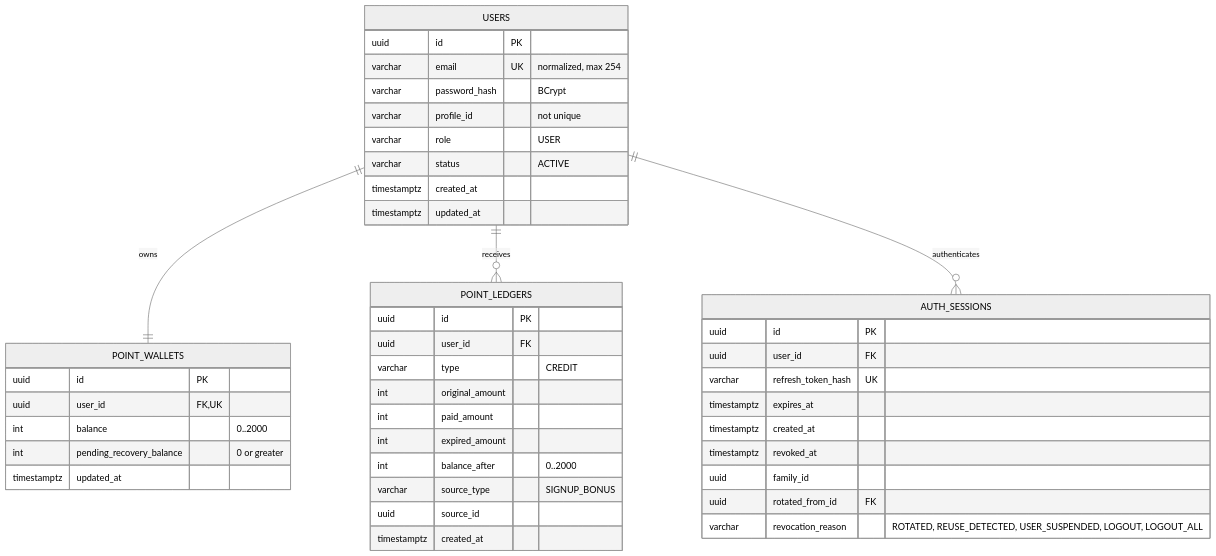
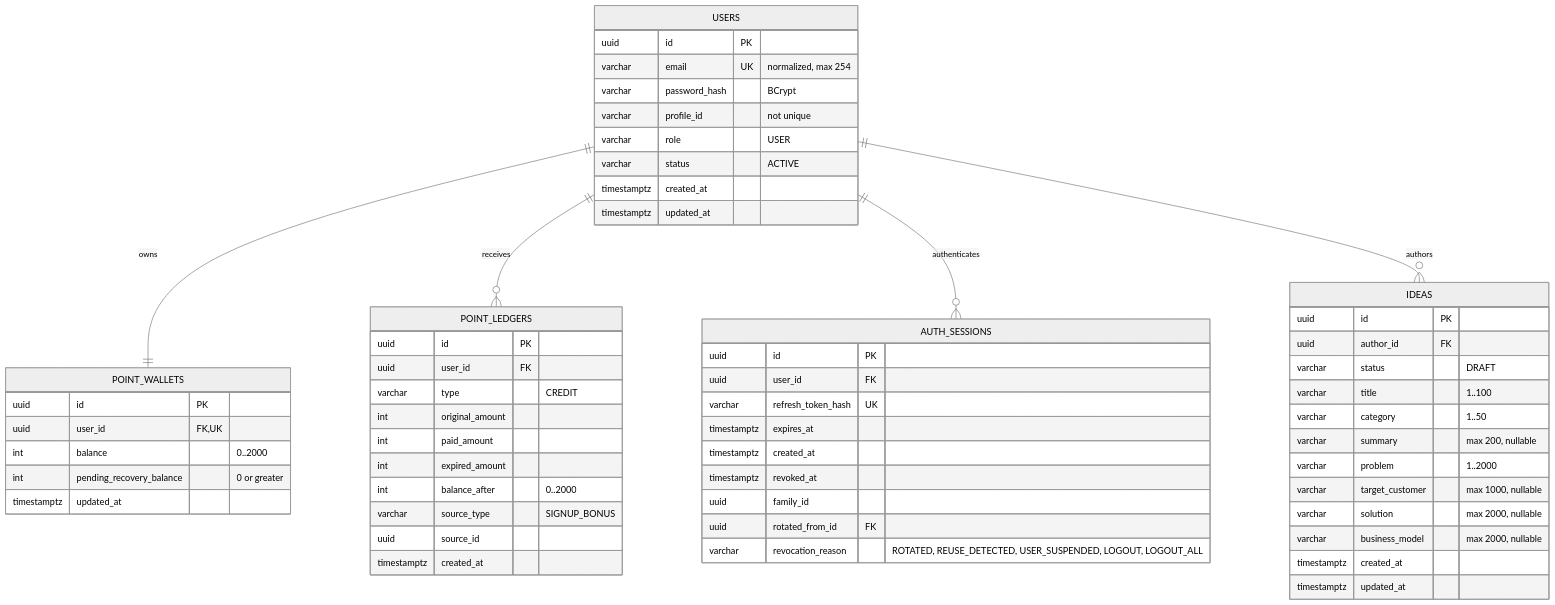
The diagram in docs/architecture/erd.md (OpenSeedDev/openseed-be), drawn with Mermaid (neutral theme) before and after one commit. The commit also changed other lines of this file and 14 other files, not shown here.

````diff
--- a/docs/architecture/erd.md
+++ b/docs/architecture/erd.md
@@ -5,50 +5,66 @@
 ```mermaid
 erDiagram
     USERS ||--|| POINT_WALLETS : owns
     USERS ||--o{ POINT_LEDGERS : receives
     USERS ||--o{ AUTH_SESSIONS : authenticates
+    USERS ||--o{ IDEAS : authors
 
     USERS {
         uuid id PK
         varchar email UK "normalized, max 254"
         varchar password_hash "BCrypt"
         varchar profile_id "not unique"
         varchar role "USER"
         varchar status "ACTIVE"
         timestamptz created_at
         timestamptz updated_at
     }
 
     POINT_WALLETS {
         uuid id PK
         uuid user_id FK,UK
         int balance "0..2000"
         int pending_recovery_balance "0 or greater"
         timestamptz updated_at
     }
 
     POINT_LEDGERS {
         uuid id PK
         uuid user_id FK
         varchar type "CREDIT"
         int original_amount
         int paid_amount
         int expired_amount
         int balance_after "0..2000"
         varchar source_type "SIGNUP_BONUS"
         uuid source_id
         timestamptz created_at
     }
 
     AUTH_SESSIONS {
         uuid id PK
         uuid user_id FK
         varchar refresh_token_hash UK
         timestamptz expires_at
         timestamptz created_at
         timestamptz revoked_at
         uuid family_id
         uuid rotated_from_id FK
         varchar revocation_reason "ROTATED, REUSE_DETECTED, USER_SUSPENDED, LOGOUT, LOGOUT_ALL"
     }
+
+    IDEAS {
+        uuid id PK
+        uuid author_id FK
+        varchar status "DRAFT"
+        varchar title "1..100"
+        varchar category "1..50"
+        varchar summary "max 200, nullable"
+        varchar problem "1..2000"
+        varchar target_customer "max 1000, nullable"
+        varchar solution "max 2000, nullable"
+        varchar business_model "max 2000, nullable"
+        timestamptz created_at
+        timestamptz updated_at
+    }
 ```
````
